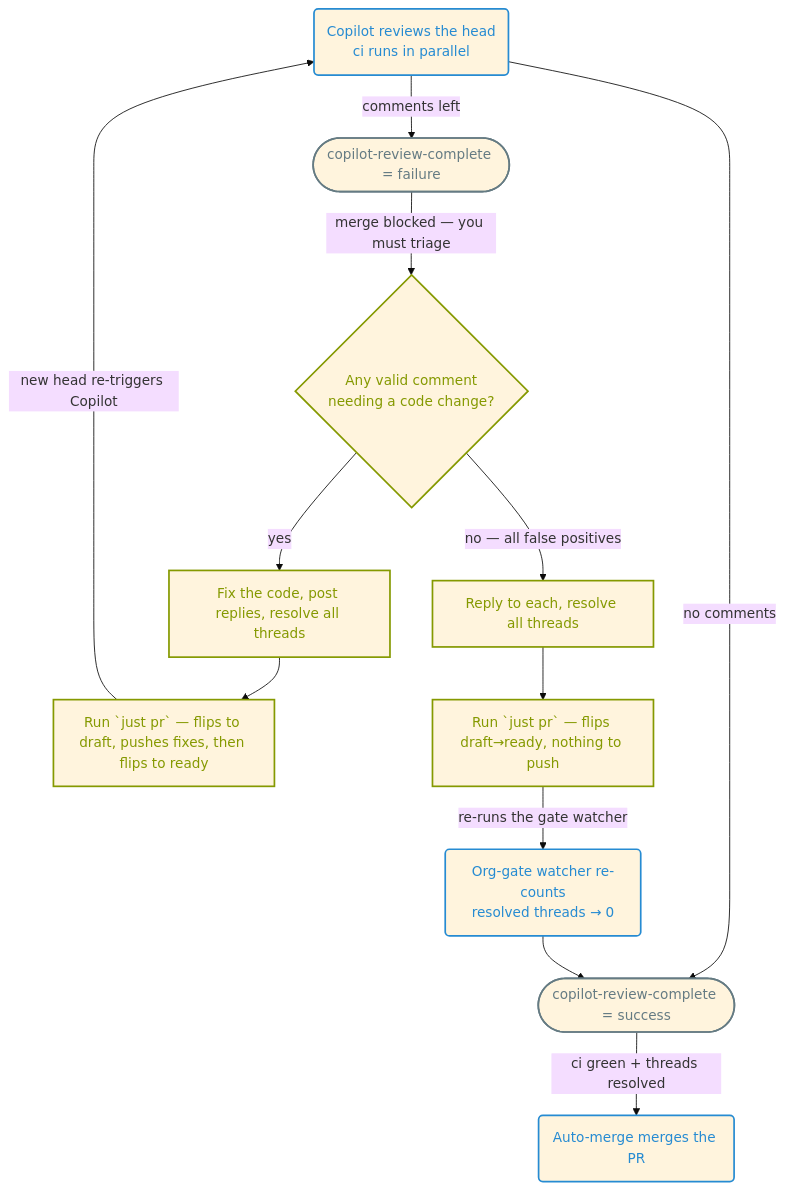
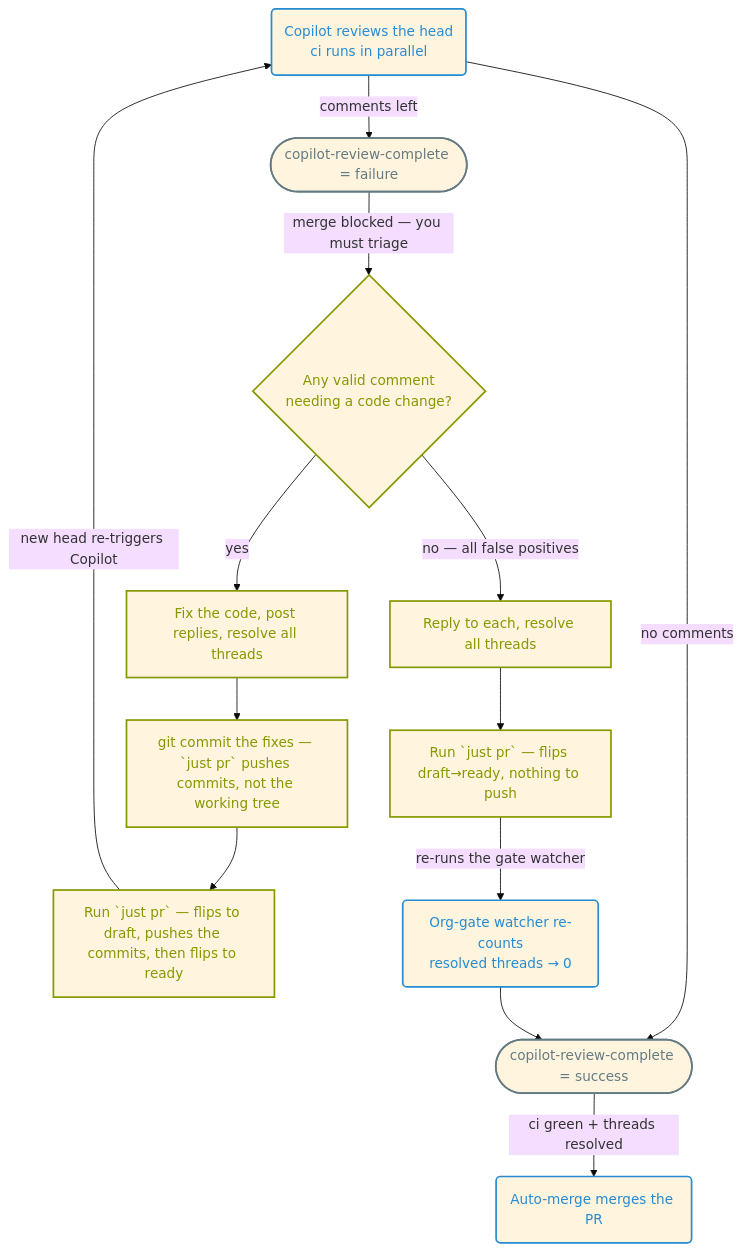
One commit to zyplux/zyp-cerberus changed the diagram in .claude/skills/resolve-pr-review-comments/SKILL.md. Above: the diagram before and after it, drawn with Mermaid (base theme). The commit also changed other lines of this file, not shown here.

Commit message:
sy-resolve-skill-commit-step (#17)

````diff
--- a/.claude/skills/resolve-pr-review-comments/SKILL.md
+++ b/.claude/skills/resolve-pr-review-comments/SKILL.md
@@ -41,19 +41,20 @@
 ```mermaid
 flowchart TD
     review("Copilot reviews the head<br/>ci runs in parallel"):::auto
     review -->|no comments| ok(["copilot-review-complete = success"]):::state
     review -->|comments left| fail(["copilot-review-complete = failure"]):::state
     fail -->|"merge blocked — you must triage"| valid{"Any valid comment<br/>needing a code change?"}:::agent
     valid -->|yes| fix["Fix the code, post replies, resolve all threads"]:::agent
-    fix --> prFix["Run `just pr` — flips to draft, pushes fixes, then flips to ready"]:::agent
+    fix --> commit["git commit the fixes — `just pr` pushes commits, not the working tree"]:::agent
+    commit --> prFix["Run `just pr` — flips to draft, pushes the commits, then flips to ready"]:::agent
     prFix -->|"new head re-triggers Copilot"| review
     valid -->|"no — all false positives"| reply["Reply to each, resolve all threads"]:::agent
     reply --> prRefresh["Run `just pr` — flips draft→ready, nothing to push"]:::agent
     prRefresh -->|"re-runs the gate watcher"| recount("Org-gate watcher re-counts<br/>resolved threads → 0"):::auto
     recount --> ok
     ok -->|"ci green + threads resolved"| merge("Auto-merge merges the PR"):::auto
 
     classDef auto stroke:#268bd2,color:#268bd2,stroke-width:2px
     classDef agent stroke:#859900,color:#859900,stroke-width:2px
     classDef state stroke:#657b83,color:#657b83,stroke-width:2px
 ```
````
